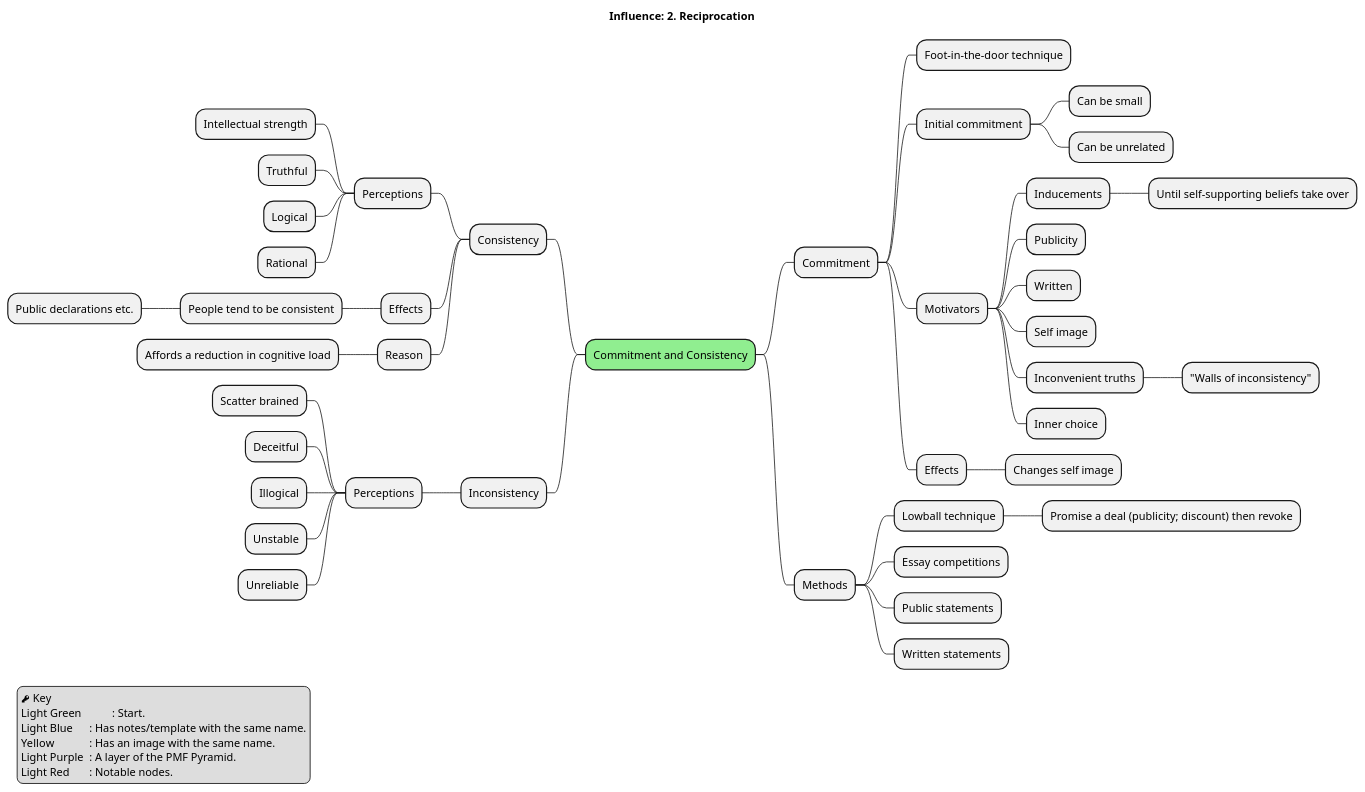
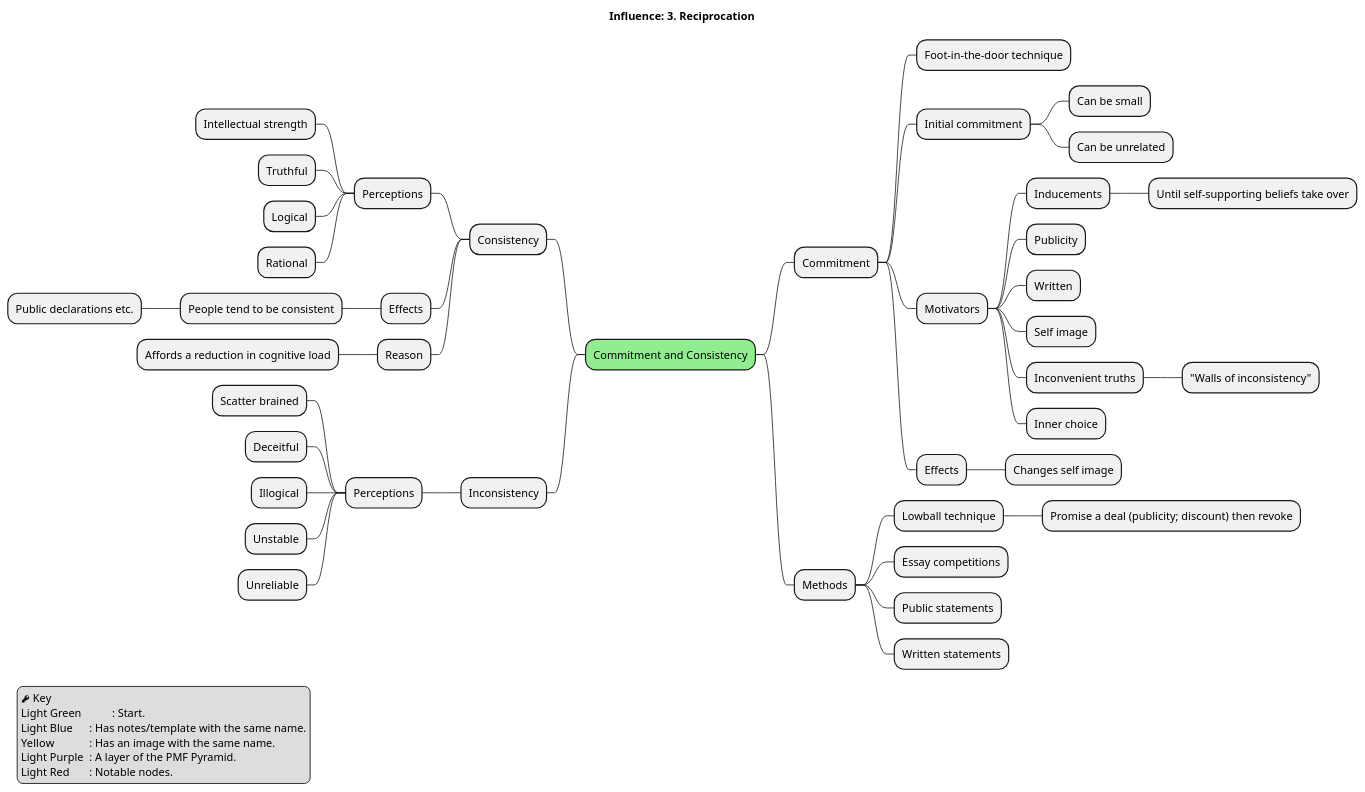
Before and after one commit to 0b10/notes: the diagram in psychology/influence:the-psychology-of-persuasion/3-commitment-and-consistency/mindmap.puml, drawn with PlantUML. The commit also changed 3 other files, not shown here.

```diff
--- a/psychology/influence:the-psychology-of-persuasion/3-commitment-and-consistency/mindmap.puml
+++ b/psychology/influence:the-psychology-of-persuasion/3-commitment-and-consistency/mindmap.puml
@@ -1,60 +1,60 @@
 @startmindmap
 
-title Influence: 2. Reciprocation
+title Influence: 3. Reciprocation
 
 legend left
   <&key> Key
   Light Green   \t: Start.
   Light Blue    \t: Has notes/template with the same name.
   Yellow        \t: Has an image with the same name.
   Light Purple  \t: A layer of the PMF Pyramid.
   Light Red     \t: Notable nodes.
 endlegend
 
 
 *[#lightgreen] Commitment and Consistency
 ** Commitment
 *** Foot-in-the-door technique
 *** Initial commitment
 **** Can be small
 **** Can be unrelated
 *** Motivators
 **** Inducements
 ***** Until self-supporting beliefs take over
 **** Publicity
 **** Written
 **** Self image
 **** Inconvenient truths
 ***** "Walls of inconsistency"
 **** Inner choice
 *** Effects
 **** Changes self image
 ** Methods
 *** Lowball technique
 **** Promise a deal (publicity; discount) then revoke
 *** Essay competitions
 *** Public statements
 *** Written statements
 
 left side
 
 ** Consistency
 *** Perceptions
 **** Intellectual strength
 **** Truthful
 **** Logical
 **** Rational
 *** Effects
 **** People tend to be consistent
 ***** Public declarations etc.
 *** Reason
 **** Affords a reduction in cognitive load
 ** Inconsistency
 *** Perceptions
 **** Scatter brained
 **** Deceitful
 **** Illogical
 **** Unstable
 **** Unreliable
 
 @endmindmap
```
